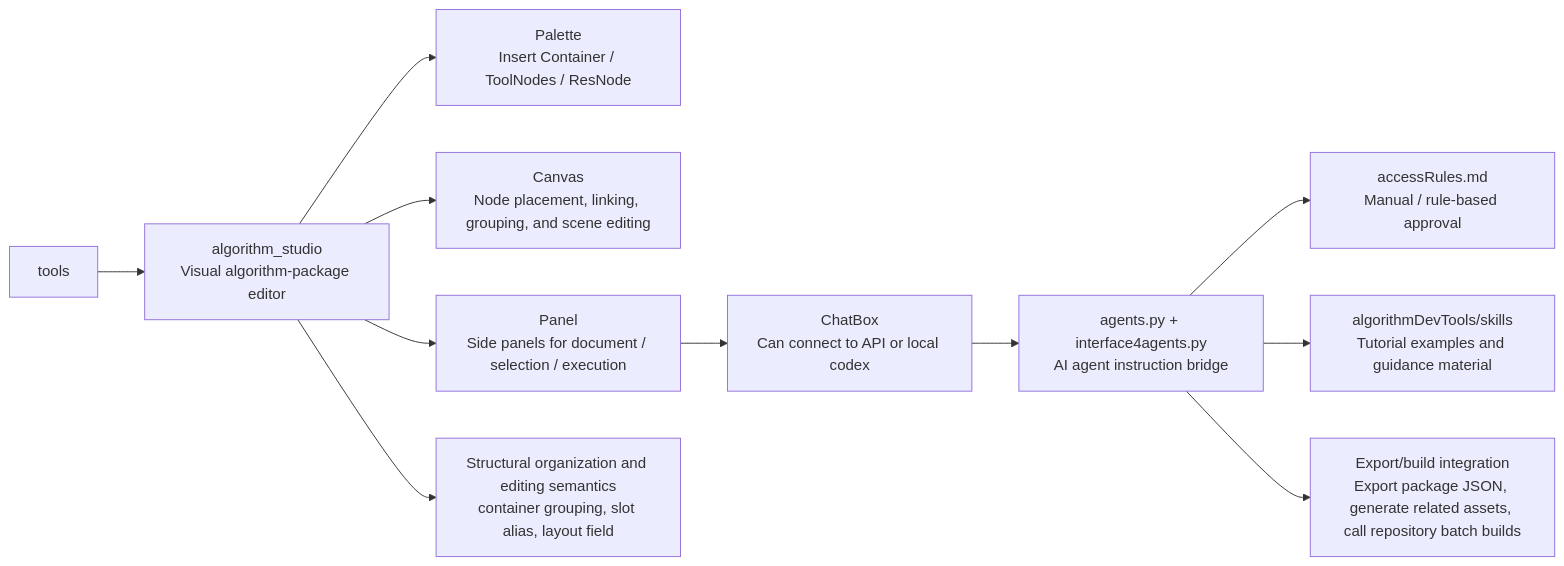
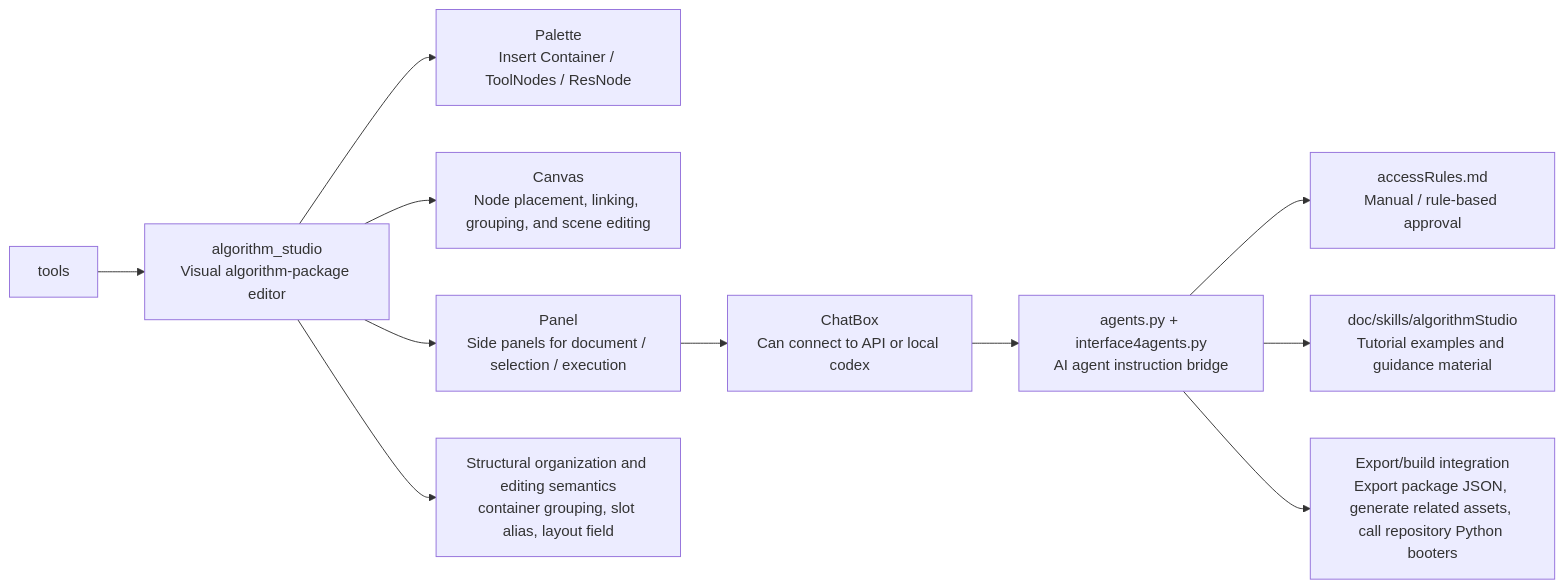
Before and after one commit to AnonKimous/AlgoForge_Studio: the second of 2 diagrams in README.md, drawn with Mermaid. The commit also changed other lines of this file and 133 other files, not shown here.

Commit message:
整理构建入口并隔离算法阶段视图

````diff
--- a/README.md
+++ b/README.md
@@ -162,28 +166,28 @@
 ```mermaid
 graph LR
     Tools["tools"]
 
     Studio["algorithm_studio<br/>Visual algorithm-package editor"]
     AgentBridge["agents.py + interface4agents.py<br/>AI agent instruction bridge"]
     Approval["accessRules.md<br/>Manual / rule-based approval"]
-    Skills["algorithmDevTools/skills<br/>Tutorial examples and guidance material"]
-    ExportBuild["Export/build integration<br/>Export package JSON, generate related assets, call repository batch builds"]
+    Skills["doc/skills/algorithmStudio<br/>Tutorial examples and guidance material"]
+    ExportBuild["Export/build integration<br/>Export package JSON, generate related assets, call repository Python booters"]
 
     Palette["Palette<br/>Insert Container / ToolNodes / ResNode"]
     Canvas["Canvas<br/>Node placement, linking, grouping, and scene editing"]
     Panel["Panel<br/>Side panels for document / selection / execution"]
     Chat["ChatBox<br/>Can connect to API or local codex"]
     Authoring["Structural organization and editing semantics<br/>container grouping, slot alias, layout field"]
 
     Tools --> Studio
 
     Studio --> Palette
     Studio --> Canvas
     Studio --> Panel
     Studio --> Authoring
     Panel --> Chat
     Chat --> AgentBridge
     AgentBridge --> Approval
     AgentBridge --> Skills
     AgentBridge --> ExportBuild
 ```
````
